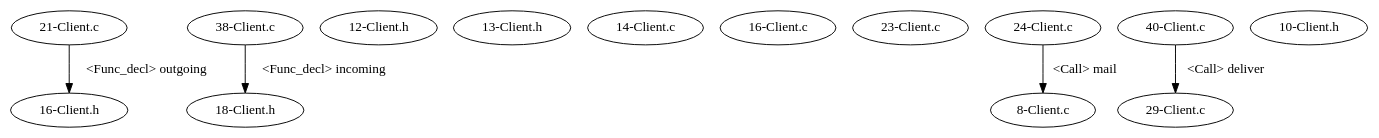
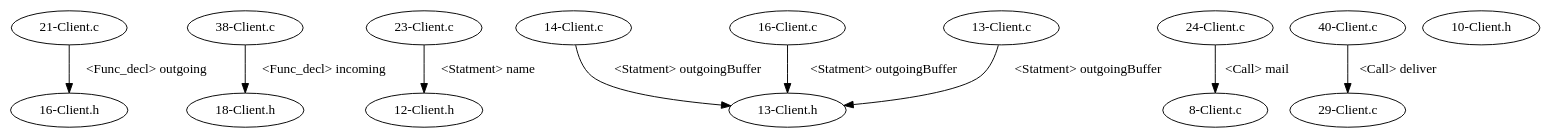
Before and after one commit to shuiblue/JDimeForCpp: the diagram in testcpp/dependencyGraph/EmailSystem/test_10/graph.gv, drawn with Graphviz. The commit also changed 12 other files, not shown here.

Commit message:
re-do dependency graph

```diff
--- a/testcpp/dependencyGraph/EmailSystem/test_10/graph.gv
+++ b/testcpp/dependencyGraph/EmailSystem/test_10/graph.gv
@@ -1,20 +1,25 @@
 digraph {
 1 [label = "16-Client.h"];
 2 [label = "18-Client.h"];
 3 [label = "12-Client.h"];
 4 [label = "13-Client.h"];
 5 [label = "14-Client.c"];
 6 [label = "16-Client.c"];
 7 [label = "23-Client.c"];
 8 [label = "24-Client.c"];
 9 [label = "40-Client.c"];
 10 [label = "8-Client.c"];
 11 [label = "21-Client.c"];
 12 [label = "29-Client.c"];
 13 [label = "38-Client.c"];
-14 [label = "10-Client.h"];
+14 [label = "13-Client.c"];
+30 [label = "10-Client.h"];
 11 -> 1[ label="<Func_decl> outgoing" ];
 13 -> 2[ label="<Func_decl> incoming" ];
+7 -> 3[ label="<Statment> name" ];
+14 -> 4[ label="<Statment> outgoingBuffer" ];
+5 -> 4[ label="<Statment> outgoingBuffer" ];
+6 -> 4[ label="<Statment> outgoingBuffer" ];
 8 -> 10[ label="<Call> mail" ];
 9 -> 12[ label="<Call> deliver" ];
 }
```
